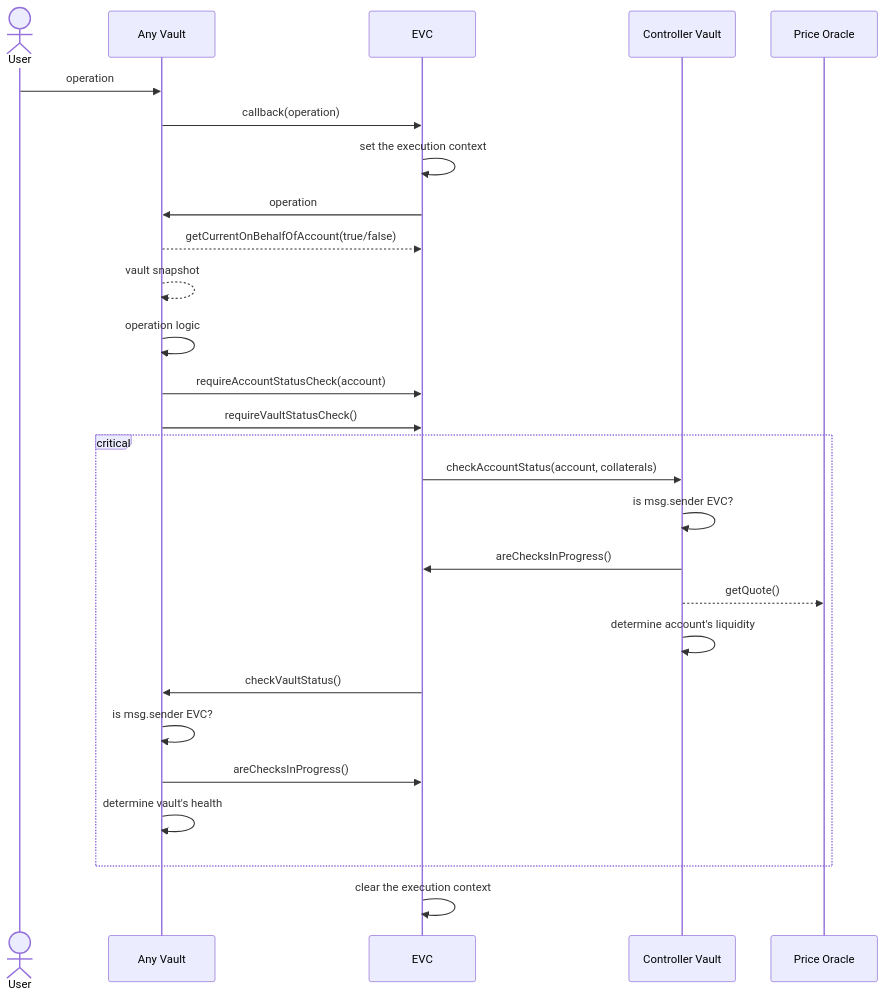
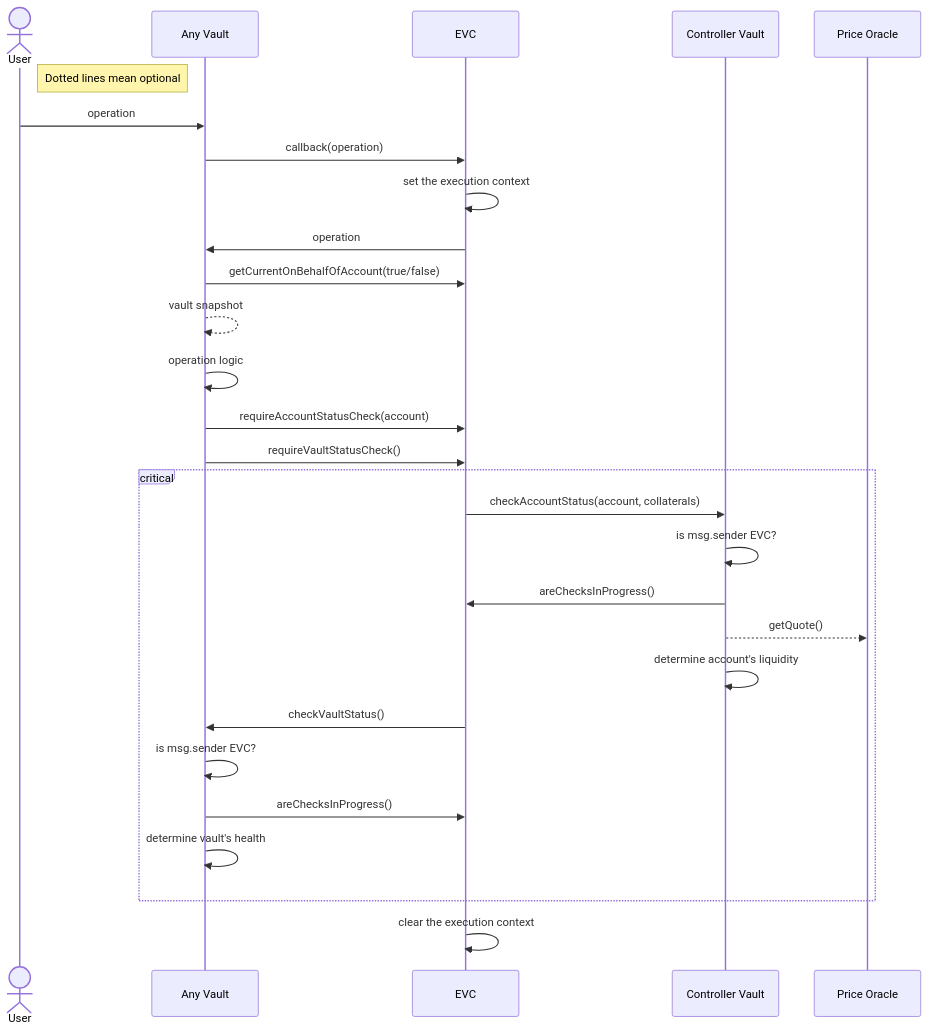
The diagram in docs/diagrams/Direct Vault Interaction Sequence.md (seinj0312/ethereum-vault-connector), drawn with Mermaid before and after one commit. The commit also changed 6 other files, not shown here.

````diff
--- a/docs/diagrams/Direct Vault Interaction Sequence.md
+++ b/docs/diagrams/Direct Vault Interaction Sequence.md
@@ -1,33 +1,34 @@
 ```mermaid
 sequenceDiagram
     actor User
+    Note right of User: Dotted lines mean optional
     participant Any Vault
     participant EVC
     participant Controller Vault
     participant Price Oracle
 
     User->>Any Vault: operation
     Any Vault->>EVC: callback(operation)
     EVC->>EVC: set the execution context
     EVC->>Any Vault: operation
-    Any Vault-->>EVC: getCurrentOnBehalfOfAccount(true/false)
+    Any Vault->>EVC: getCurrentOnBehalfOfAccount(true/false)
     Any Vault-->>Any Vault: vault snapshot
     Any Vault->>Any Vault: operation logic
     Any Vault->>EVC: requireAccountStatusCheck(account)
     Any Vault->>EVC: requireVaultStatusCheck()
 
     critical
         EVC->>Controller Vault: checkAccountStatus(account, collaterals)
         Controller Vault->>Controller Vault: is msg.sender EVC?
         Controller Vault->>EVC: areChecksInProgress()
         Controller Vault-->>Price Oracle: getQuote()
         Controller Vault->>Controller Vault: determine account's liquidity
 
         EVC->>Any Vault: checkVaultStatus()
         Any Vault->>Any Vault: is msg.sender EVC?
         Any Vault->>EVC: areChecksInProgress()
         Any Vault->>Any Vault: determine vault's health
     end
 
     EVC->>EVC: clear the execution context
 ```
````
